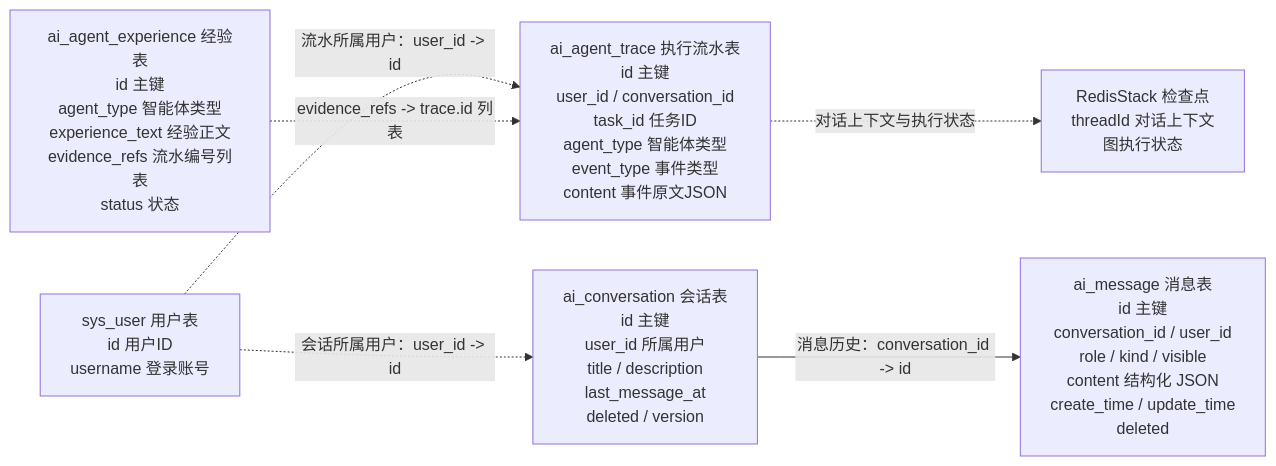
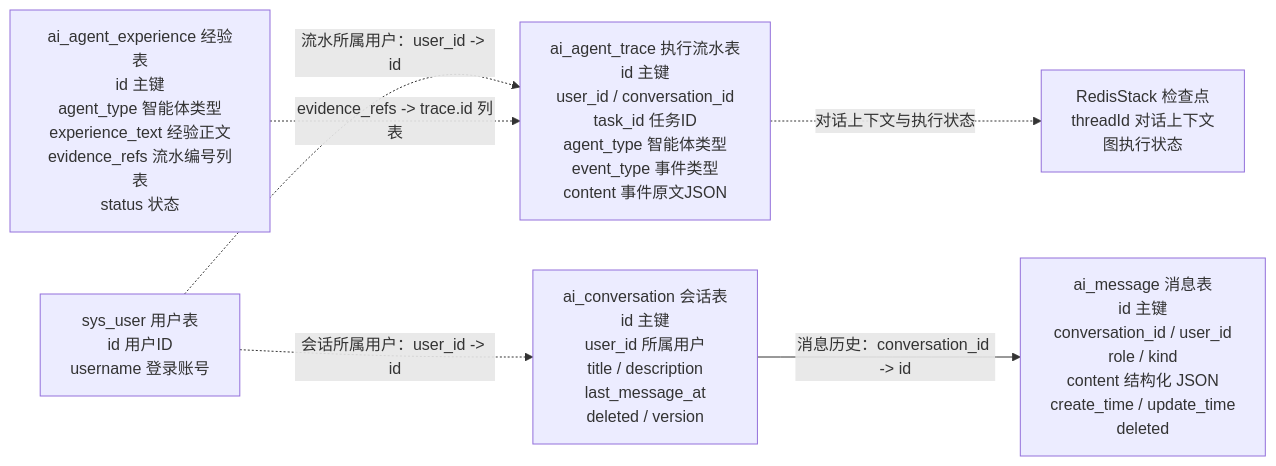
Before and after one commit to LI-S-H/qiheng-erp: diagram 11 of 11 in docs/database/mvp-database-design-overview.md, drawn with Mermaid. The commit also changed other lines of this file and 3 other files, not shown here.

````diff
--- a/docs/database/mvp-database-design-overview.md
+++ b/docs/database/mvp-database-design-overview.md
@@ -844,15 +844,15 @@
 ```mermaid
 flowchart LR
     conversation["ai_conversation 会话表<br/>id 主键<br/>user_id 所属用户<br/>title / description<br/>last_message_at<br/>deleted / version"]
-    message["ai_message 消息表<br/>id 主键<br/>conversation_id / user_id<br/>role / kind / visible<br/>content 结构化 JSON<br/>create_time / update_time<br/>deleted"]
+    message["ai_message 消息表<br/>id 主键<br/>conversation_id / user_id<br/>role / kind<br/>content 结构化 JSON<br/>create_time / update_time<br/>deleted"]
     trace["ai_agent_trace 执行流水表<br/>id 主键<br/>user_id / conversation_id<br/>task_id 任务ID<br/>agent_type 智能体类型<br/>event_type 事件类型<br/>content 事件原文JSON"]
     experience["ai_agent_experience 经验表<br/>id 主键<br/>agent_type 智能体类型<br/>experience_text 经验正文<br/>evidence_refs 流水编号列表<br/>status 状态"]
     redis["RedisStack 检查点<br/>threadId 对话上下文<br/>图执行状态"]
     userRef["sys_user 用户表<br/>id 用户ID<br/>username 登录账号"]
 
     userRef -.->|"会话所属用户：user_id -> id"| conversation
     userRef -.->|"流水所属用户：user_id -> id"| trace
     conversation -->|"消息历史：conversation_id -> id"| message
     trace -.->|"对话上下文与执行状态"| redis
     experience -.->|"evidence_refs -> trace.id 列表"| trace
 ```
````
